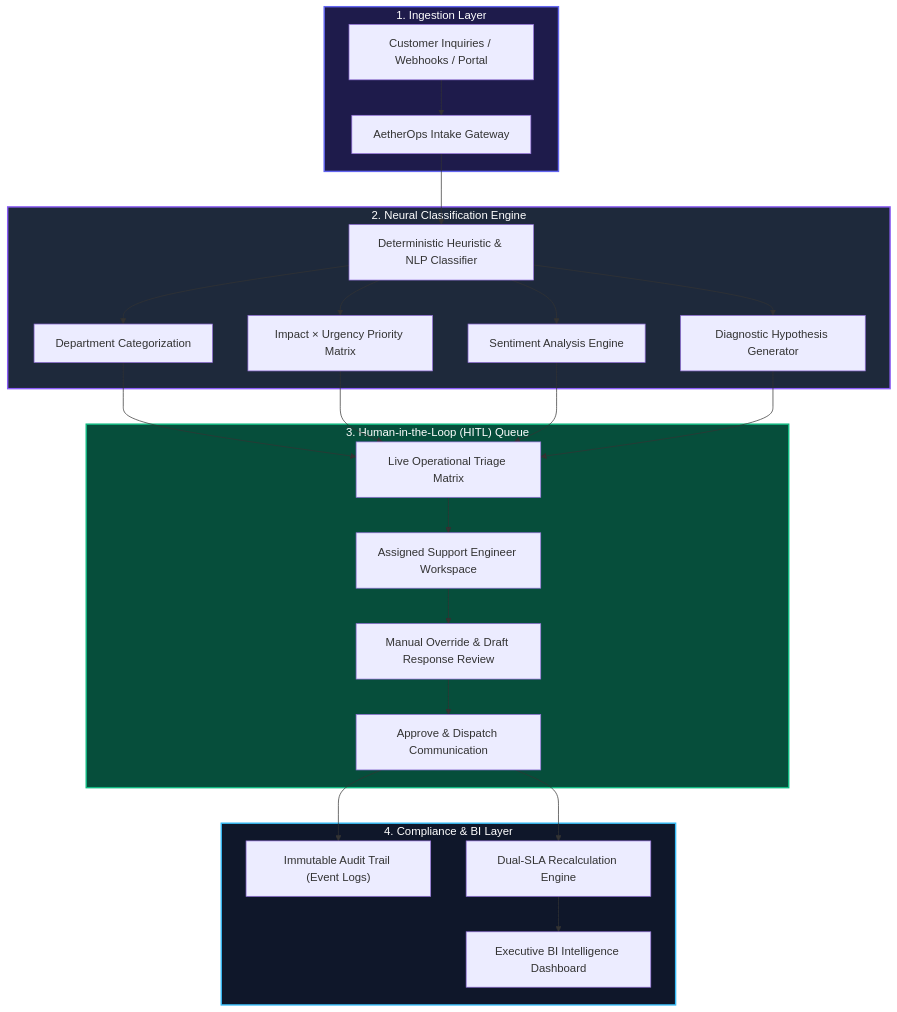
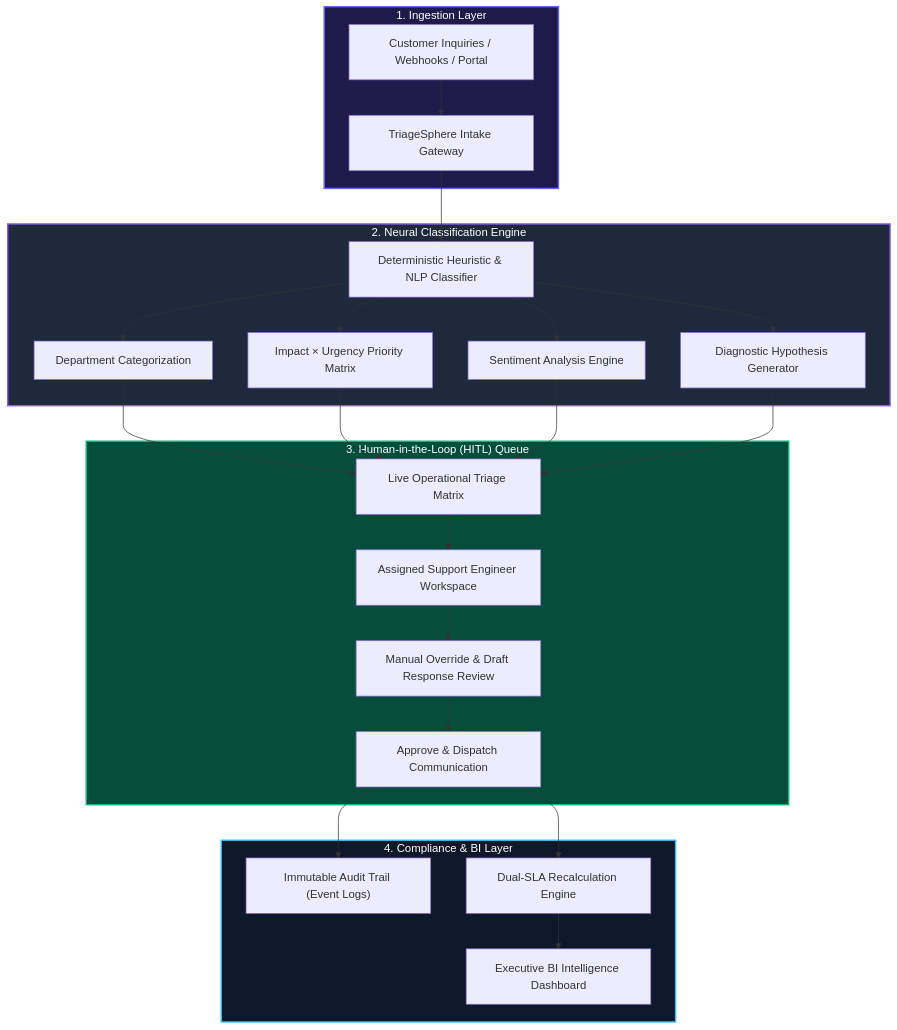
The diagram in README.md (brucerror/aetherops), drawn with Mermaid before and after one commit. The commit also changed other lines of this file and 11 other files, not shown here.

Commit message:
feat: rename brand to TriageSphere, add custom 3D sphere logo, fix header blur on scroll, and complete mobile/tablet responsiveness

````diff
--- a/README.md
+++ b/README.md
@@ -29,32 +29,32 @@
 ```mermaid
 flowchart TD
     subgraph INGESTION ["1. Ingestion Layer"]
-        A["Customer Inquiries / Webhooks / Portal"] --> B["AetherOps Intake Gateway"]
+        A["Customer Inquiries / Webhooks / Portal"] --> B["TriageSphere Intake Gateway"]
     end
 
     subgraph AI_TRIAGE ["2. Neural Classification Engine"]
         B --> C["Deterministic Heuristic & NLP Classifier"]
         C --> D1["Department Categorization"]
         C --> D2["Impact × Urgency Priority Matrix"]
         C --> D3["Sentiment Analysis Engine"]
         C --> D4["Diagnostic Hypothesis Generator"]
     end
 
     subgraph HITL_GOVERNANCE ["3. Human-in-the-Loop (HITL) Queue"]
         D1 & D2 & D3 & D4 --> E["Live Operational Triage Matrix"]
         E --> F["Assigned Support Engineer Workspace"]
         F --> G["Manual Override & Draft Response Review"]
         G --> H["Approve & Dispatch Communication"]
     end
 
     subgraph AUDIT_ANALYTICS ["4. Compliance & BI Layer"]
         H --> I["Immutable Audit Trail (Event Logs)"]
         H --> J["Dual-SLA Recalculation Engine"]
         J --> K["Executive BI Intelligence Dashboard"]
     end
 
     style INGESTION fill:#1e1b4b,stroke:#6366f1,stroke-width:2px,color:#fff
     style AI_TRIAGE fill:#1e293b,stroke:#8b5cf6,stroke-width:2px,color:#fff
     style HITL_GOVERNANCE fill:#064e3b,stroke:#10b981,stroke-width:2px,color:#fff
     style AUDIT_ANALYTICS fill:#0f172a,stroke:#38bdf8,stroke-width:2px,color:#fff
 ```
````
